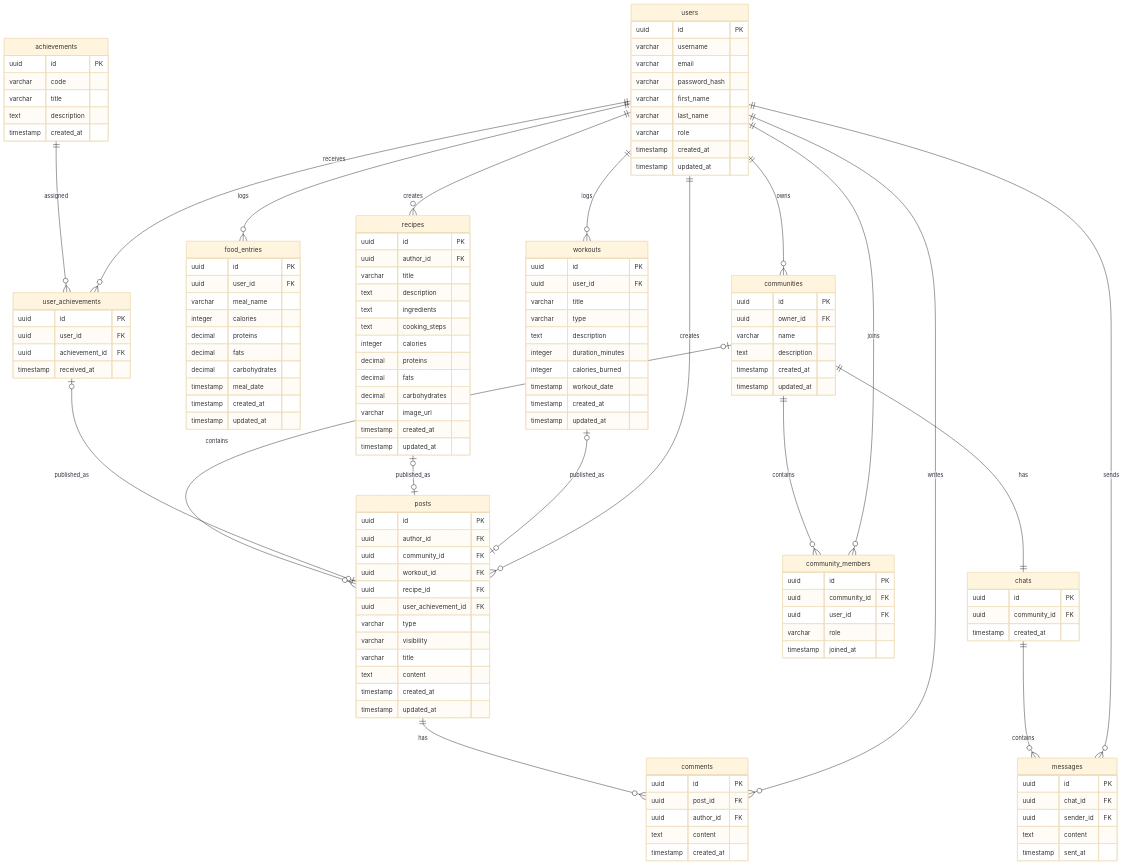
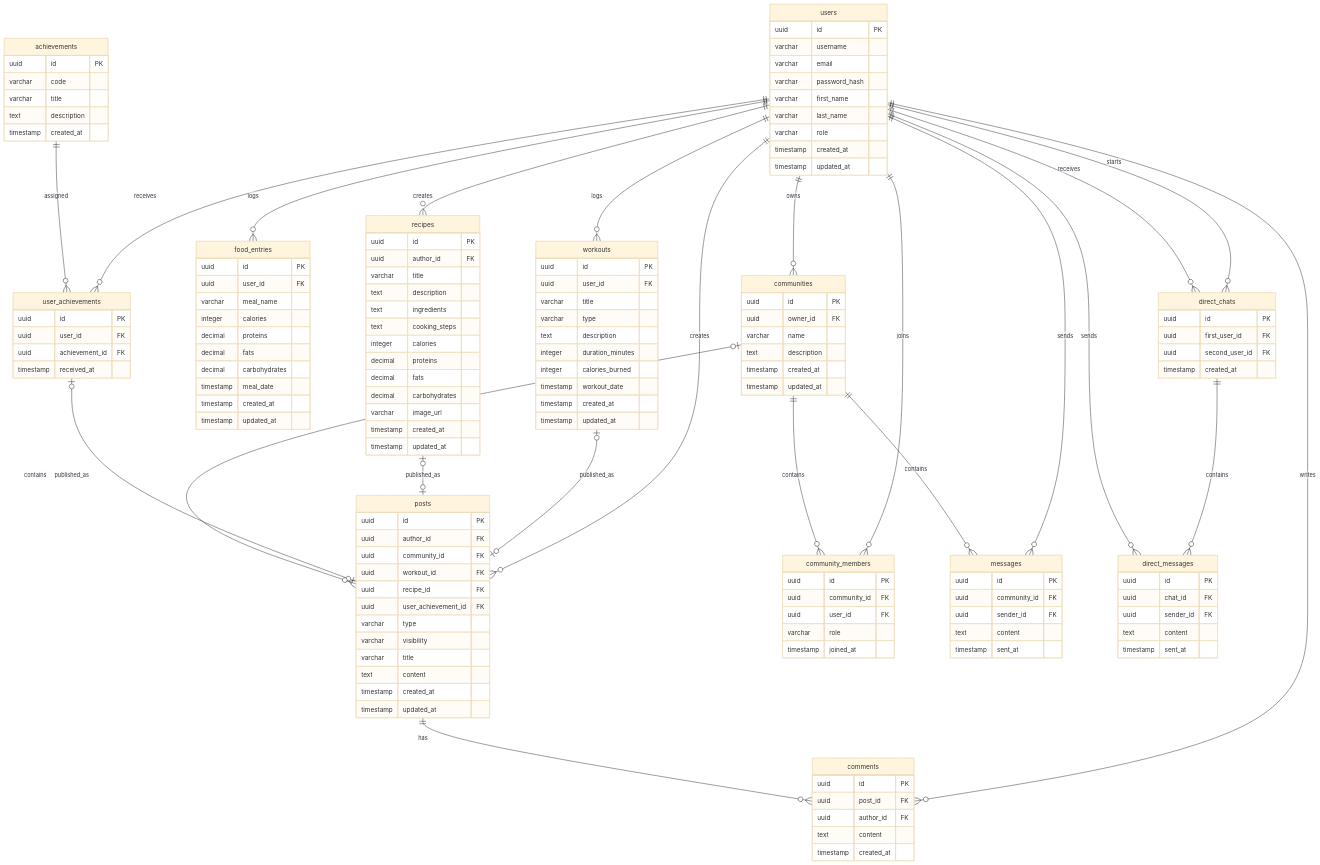
Before and after one commit to Boogyy/T-Health: the diagram in docs/er-diagram.md, drawn with Mermaid (base theme). The commit also changed other lines of this file and 14 other files, not shown here.

````diff
--- a/docs/er-diagram.md
+++ b/docs/er-diagram.md
@@ -64,10 +66,15 @@
     achievements ||--o{ user_achievements : assigned
 
     communities ||--o{ community_members : contains
-    communities ||--|| chats : has
     communities |o--o{ posts : contains
 
-    chats ||--o{ messages : contains
+
+    communities ||--o{ messages : contains
+    
+    users ||--o{ direct_chats : starts
+    users ||--o{ direct_chats : receives
+    direct_chats ||--o{ direct_messages : contains
+    users ||--o{ direct_messages : sends
 
     users {
         uuid id PK
@@ -178,13 +185,14 @@
         timestamp joined_at
     }
 
-    chats {
+    direct_chats {
         uuid id PK
-        uuid community_id FK
+        uuid first_user_id FK
+        uuid second_user_id FK
         timestamp created_at
     }
-
-    messages {
+    
+    direct_messages {
         uuid id PK
         uuid chat_id FK
         uuid sender_id FK
@@ -192,4 +200,11 @@
         timestamp sent_at
     }
 
+    messages {
+        uuid id PK
+        uuid community_id FK
+        uuid sender_id FK
+        text content
+        timestamp sent_at
+    }
 ```
````
